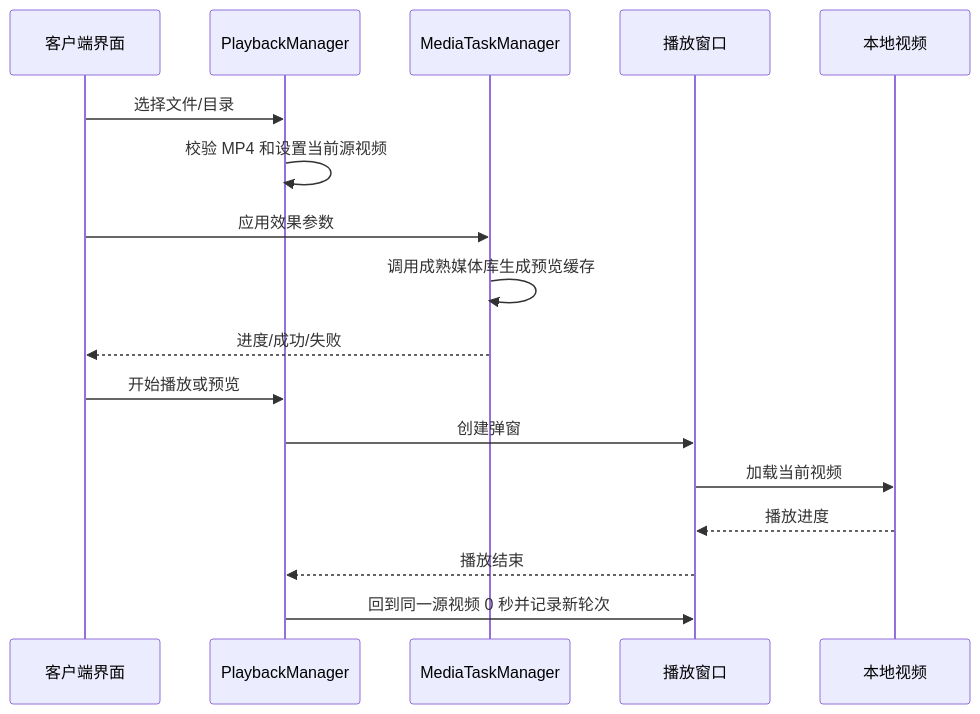
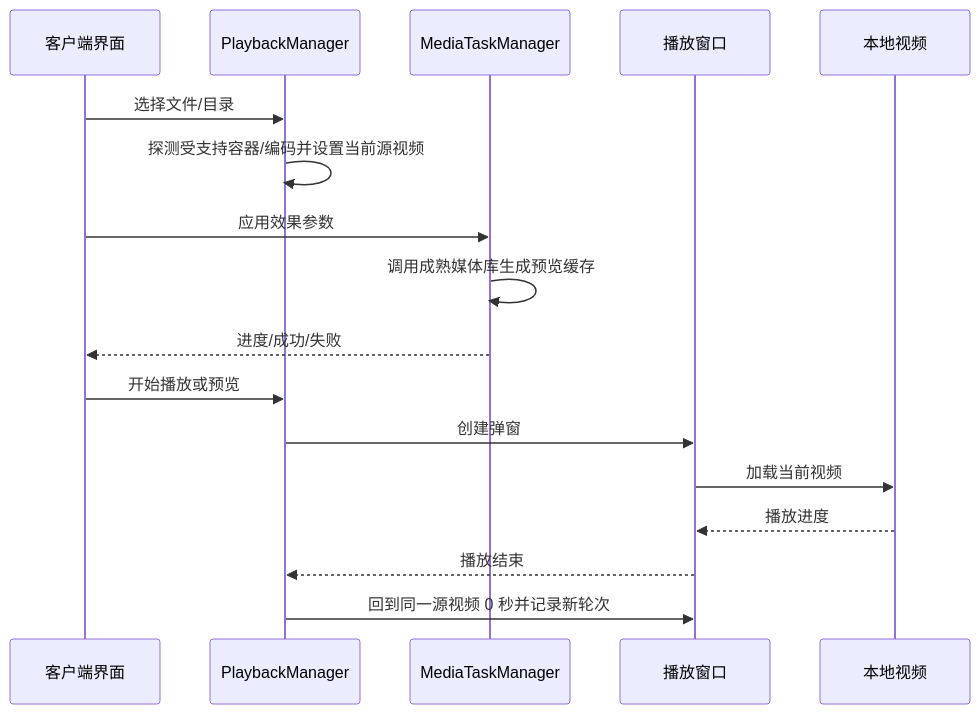
The fourth of 4 diagrams in 桌面客户端架构.md (asd494235908/autolive), drawn with Mermaid before and after one commit. The commit also changed other lines of this file and 101 other files, not shown here.

````diff
--- a/桌面客户端架构.md
+++ b/桌面客户端架构.md
@@ -400,20 +404,20 @@
 ```mermaid
 sequenceDiagram
     participant UI as 客户端界面
     participant PM as PlaybackManager
     participant Pipeline as MediaTaskManager
     participant Window as 播放窗口
     participant File as 本地视频
 
     UI->>PM: 选择文件/目录
-    PM->>PM: 校验 MP4 和设置当前源视频
+    PM->>PM: 探测受支持容器/编码并设置当前源视频
     UI->>Pipeline: 应用效果参数
     Pipeline->>Pipeline: 调用成熟媒体库生成预览缓存
     Pipeline-->>UI: 进度/成功/失败
     UI->>PM: 开始播放或预览
     PM->>Window: 创建弹窗
     Window->>File: 加载当前视频
     File-->>Window: 播放进度
     Window-->>PM: 播放结束
     PM->>Window: 回到同一源视频 0 秒并记录新轮次
 ```
````
